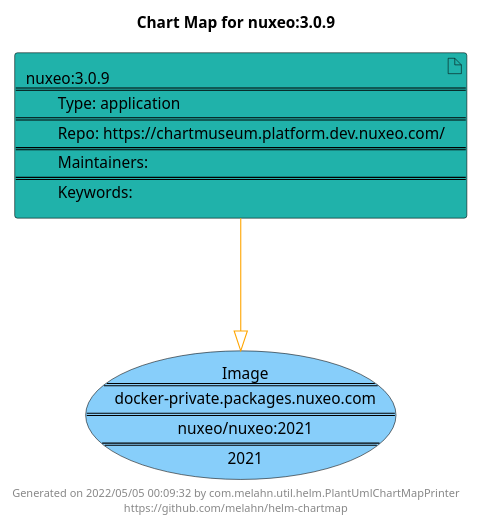
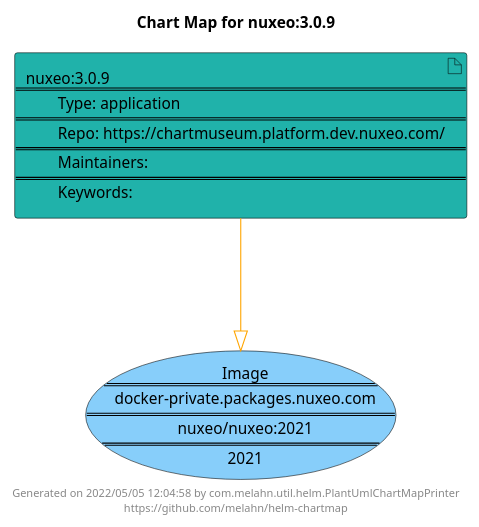
One commit to melahn/helm-chartmap changed the diagram in docs/nuxeo/nuxeo-3.0.3.puml. Above: the diagram before and after it, drawn with PlantUML. The commit also changed 62 other files, not shown here.

Commit message:
Update Example Chart Maps as part of GitHub build

```diff
--- a/docs/nuxeo/nuxeo-3.0.3.puml
+++ b/docs/nuxeo/nuxeo-3.0.3.puml
@@ -1,21 +1,21 @@
 @startuml
 skinparam linetype ortho
 skinparam backgroundColor white
 skinparam usecaseBorderColor black
 skinparam usecaseArrowColor LightSlateGray
 skinparam artifactBorderColor black
 skinparam artifactArrowColor LightSlateGray
 
 title Chart Map for nuxeo:3.0.9
 
 'There is one referenced Helm Chart
 artifact "nuxeo:3.0.9\n====\n\tType: application\n====\n\tRepo: https://chartmuseum.platform.dev.nuxeo.com/\n====\n\tMaintainers: \n====\n\tKeywords: " as nuxeo_3_0_9 #LightSeaGreen
 
 'There is one referenced Docker Image
 usecase "Image\n====\ndocker-private.packages.nuxeo.com\n====\nnuxeo/nuxeo:2021\n====\n2021" as docker_private_packages_nuxeo_com_nuxeo_nuxeo_2021 #LightSkyBlue
 
 'Chart Dependencies
 nuxeo_3_0_9--[#orange]-|>docker_private_packages_nuxeo_com_nuxeo_nuxeo_2021
 
-center footer Generated on 2022/05/05 00:09:32 by com.melahn.util.helm.PlantUmlChartMapPrinter\nhttps://github.com/melahn/helm-chartmap
+center footer Generated on 2022/05/05 12:04:58 by com.melahn.util.helm.PlantUmlChartMapPrinter\nhttps://github.com/melahn/helm-chartmap
 @enduml
```
